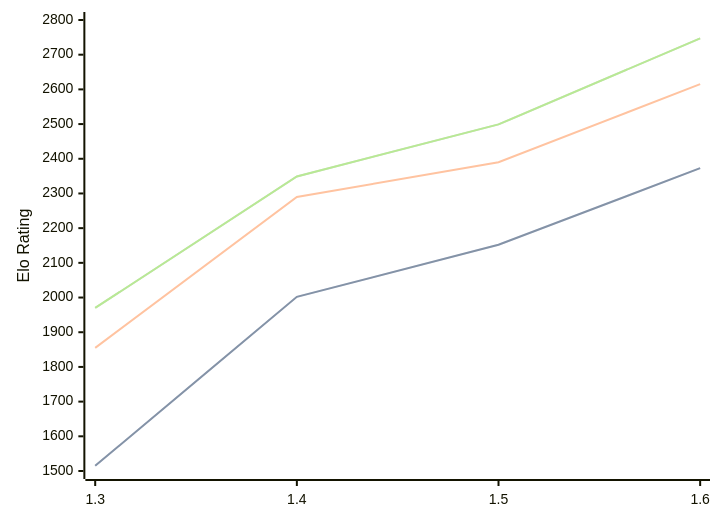
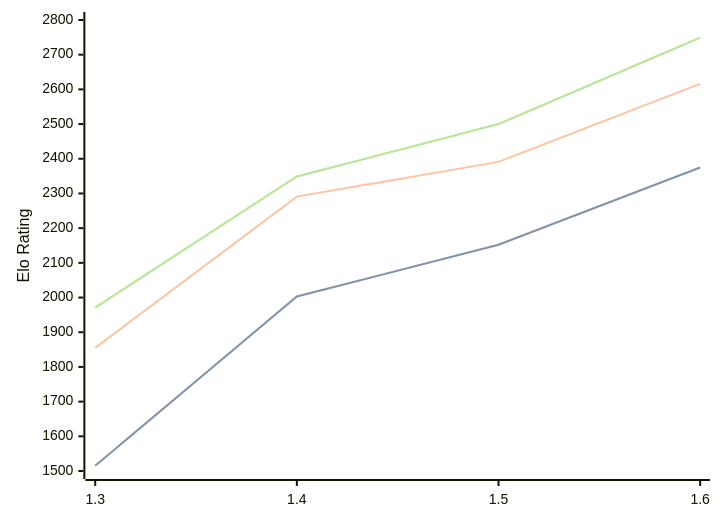
Before and after one commit to computer-chess-index/cci: the diagram in engines/Facon.md, drawn with Mermaid. The commit also changed other lines of this file, not shown here.

Commit message:
Update CCI Ratings (ELO VLTC) - 2026-08-29

````diff
--- a/engines/Facon.md
+++ b/engines/Facon.md
@@ -35,11 +35,11 @@
 ```mermaid
 %%{init: {"theme":"base","themeVariables":{"seriesColors:['#a3a3a3','#222221','#faa371']}}}%%
 xychart-beta
   x-axis ["1.3", "1.4", "1.5", "1.6"]
   y-axis "Elo Rating" 1500 --> 2800
-  line "" [1515, 2002, 2152, 2373]
-  line "STC (8.0+0.08s)" [1515, 2002, 2152, 2373]
-  line "LTC (60.0+0.60s)" [1855, 2290, 2390, 2615]
-  line "" [1970, 2349, 2499, 2747]
-  line "VLTC (2m24s+1.12s)" [1970, 2349, 2499, 2747]
+  line "" [1515, 2003, 2152, 2375]
+  line "STC (8.0+0.08s)" [1515, 2003, 2152, 2375]
+  line "LTC (60.0+0.60s)" [1855, 2291, 2391, 2616]
+  line "" [1971, 2349, 2500, 2749]
+  line "VLTC (2m24s+1.12s)" [1971, 2349, 2500, 2749]
 ```
````
